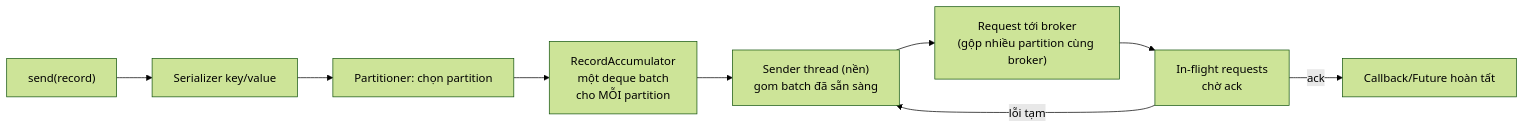
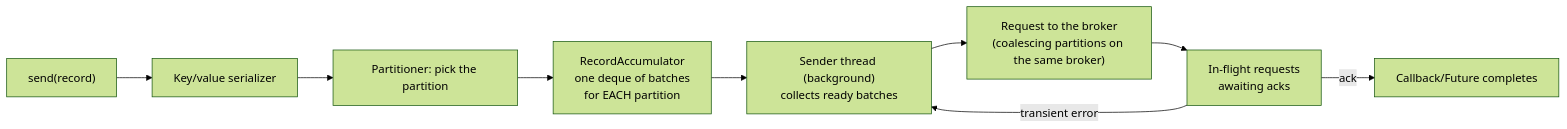
The diagram in i18n/en/docusaurus-plugin-content-docs/current/etl/kafka/skills/producer-tuning.md (vuhoang001/knowledge), drawn with Mermaid (forest theme) before and after one commit. The commit also changed other lines of this file and 21 other files, not shown here.

````diff
--- a/i18n/en/docusaurus-plugin-content-docs/current/etl/kafka/skills/producer-tuning.md
+++ b/i18n/en/docusaurus-plugin-content-docs/current/etl/kafka/skills/producer-tuning.md
@@ -24,11 +23,11 @@
 ```mermaid
 flowchart LR
-  A["send(record)"] --> B[Serializer key/value]
-  B --> C[Partitioner: chọn partition]
-  C --> D["RecordAccumulator<br/>một deque batch<br/>cho MỖI partition"]
-  D --> E["Sender thread (nền)<br/>gom batch đã sẵn sàng"]
-  E --> F["Request tới broker<br/>(gộp nhiều partition cùng broker)"]
-  F --> G["In-flight requests<br/>chờ ack"]
-  G -->|ack| H[Callback/Future hoàn tất]
-  G -->|lỗi tạm| E
+  A["send(record)"] --> B[Key/value serializer]
+  B --> C[Partitioner: pick the partition]
+  C --> D["RecordAccumulator<br/>one deque of batches<br/>for EACH partition"]
+  D --> E["Sender thread (background)<br/>collects ready batches"]
+  E --> F["Request to the broker<br/>(coalescing partitions on the same broker)"]
+  F --> G["In-flight requests<br/>awaiting acks"]
+  G -->|ack| H[Callback/Future completes]
+  G -->|transient error| E
 ```
````
